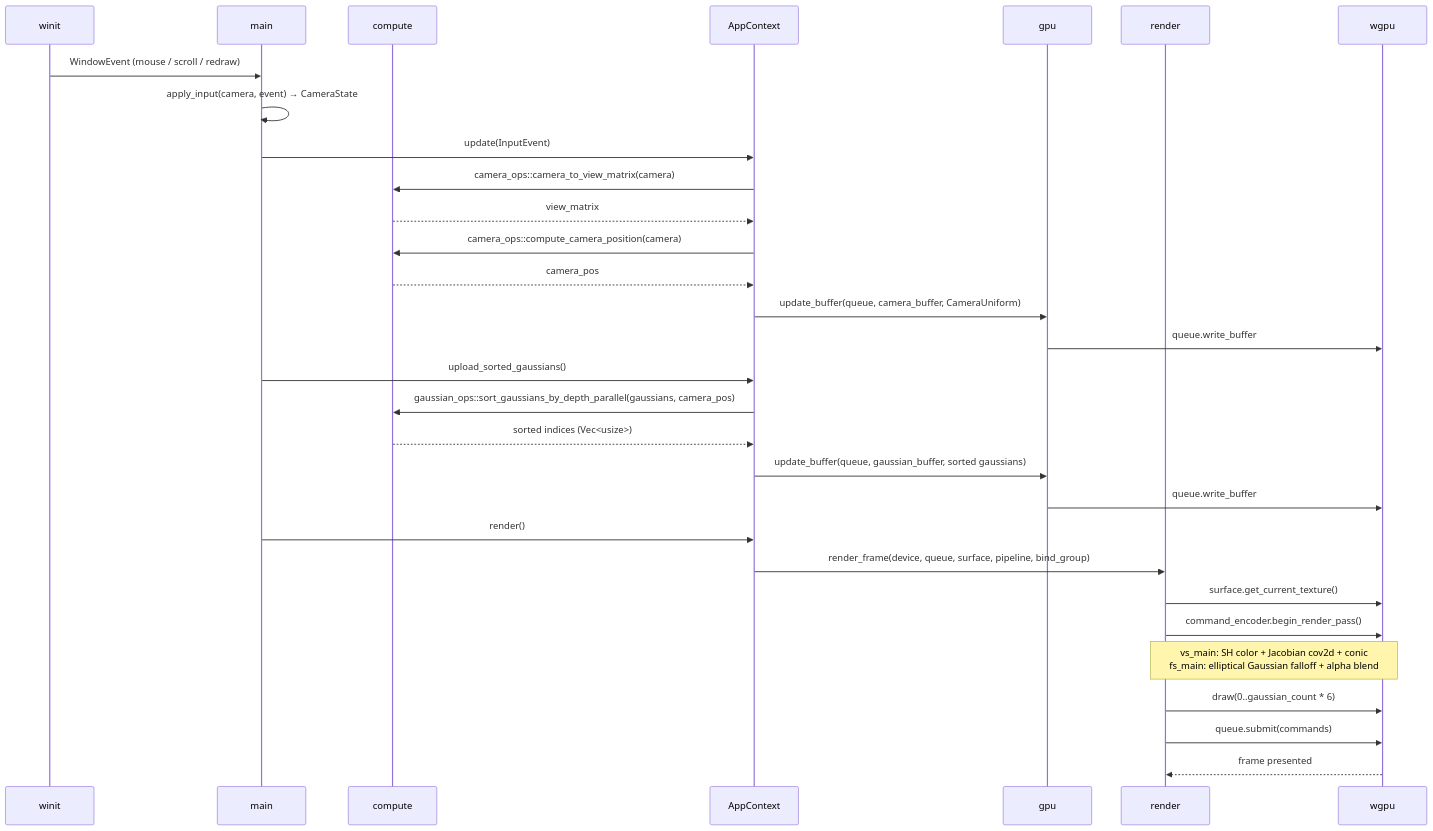
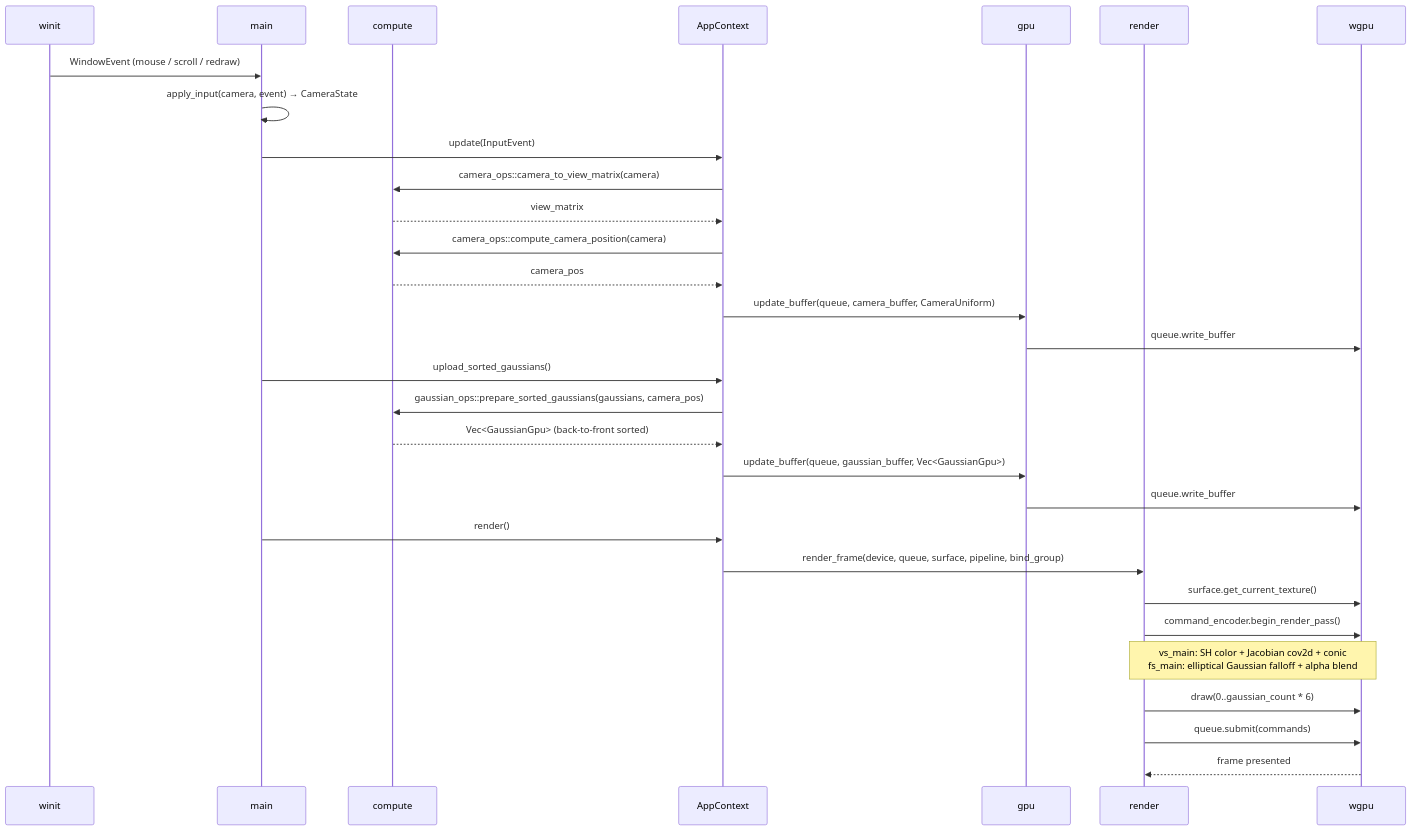
The second of 2 diagrams in README.md (y30n9ju1v/rust-wgpu-based-functional-3dgs-viewer), drawn with Mermaid before and after one commit. The commit also changed other lines of this file and 3 other files, not shown here.

First line of the commit message:
Move GaussianGpu to data layer to fix compute→action dependency inversion

````diff
--- a/README.md
+++ b/README.md
@@ -81,36 +81,36 @@
 ```mermaid
 sequenceDiagram
     participant winit
     participant main
     participant compute
     participant AppContext
     participant gpu
     participant render
     participant wgpu
 
     winit->>main: WindowEvent (mouse / scroll / redraw)
     main->>main: apply_input(camera, event) → CameraState
 
     main->>AppContext: update(InputEvent)
     AppContext->>compute: camera_ops::camera_to_view_matrix(camera)
     compute-->>AppContext: view_matrix
     AppContext->>compute: camera_ops::compute_camera_position(camera)
     compute-->>AppContext: camera_pos
     AppContext->>gpu: update_buffer(queue, camera_buffer, CameraUniform)
     gpu->>wgpu: queue.write_buffer
 
     main->>AppContext: upload_sorted_gaussians()
-    AppContext->>compute: gaussian_ops::sort_gaussians_by_depth_parallel(gaussians, camera_pos)
-    compute-->>AppContext: sorted indices (Vec<usize>)
-    AppContext->>gpu: update_buffer(queue, gaussian_buffer, sorted gaussians)
+    AppContext->>compute: gaussian_ops::prepare_sorted_gaussians(gaussians, camera_pos)
+    compute-->>AppContext: Vec<GaussianGpu> (back-to-front sorted)
+    AppContext->>gpu: update_buffer(queue, gaussian_buffer, Vec<GaussianGpu>)
     gpu->>wgpu: queue.write_buffer
 
     main->>AppContext: render()
     AppContext->>render: render_frame(device, queue, surface, pipeline, bind_group)
     render->>wgpu: surface.get_current_texture()
     render->>wgpu: command_encoder.begin_render_pass()
     Note over render,wgpu: vs_main: SH color + Jacobian cov2d + conic<br/>fs_main: elliptical Gaussian falloff + alpha blend
     render->>wgpu: draw(0..gaussian_count * 6)
     render->>wgpu: queue.submit(commands)
     wgpu-->>render: frame presented
 ```
````
